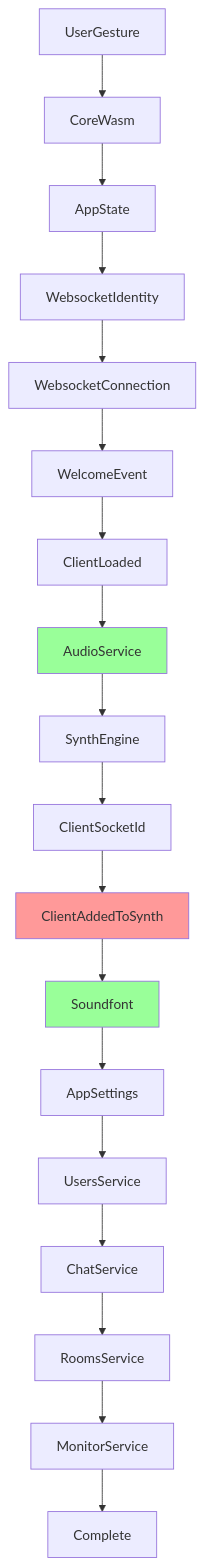
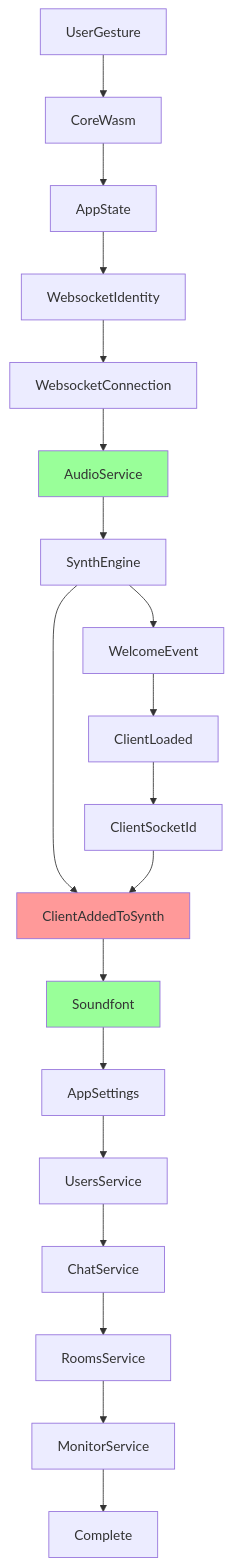
One commit to PianoRhythm/pianorhythm-docs changed the diagram in docs/community/technical-documentation/core/initialization-system.mdx. Above: the diagram before and after it, drawn with Mermaid. The commit also changed other lines of this file and 2 other files, not shown here.

````diff
--- a/docs/community/technical-documentation/core/initialization-system.mdx
+++ b/docs/community/technical-documentation/core/initialization-system.mdx
@@ -113,24 +113,25 @@
 ```mermaid
 graph TD
     A[UserGesture] --> B[CoreWasm]
     B --> C[AppState]
     C --> D[WebsocketIdentity]
     D --> E[WebsocketConnection]
-    E --> F[WelcomeEvent]
+    E --> H[AudioService]
+    H --> I[SynthEngine]
+    I --> F[WelcomeEvent]
     F --> G[ClientLoaded]
-    G --> H[AudioService]
-    H --> I[SynthEngine]
-    I --> J[ClientSocketId]
-    J --> K[ClientAddedToSynth]
+    G --> J[ClientSocketId]
+    I --> K[ClientAddedToSynth]
+    J --> K
     K --> L[Soundfont]
     L --> M[AppSettings]
     M --> N[UsersService]
     N --> O[ChatService]
     O --> P[RoomsService]
     P --> Q[MonitorService]
     Q --> R[Complete]
-    
+
     style K fill:#ff9999
     style H fill:#99ff99
     style L fill:#99ff99
 ```
````
